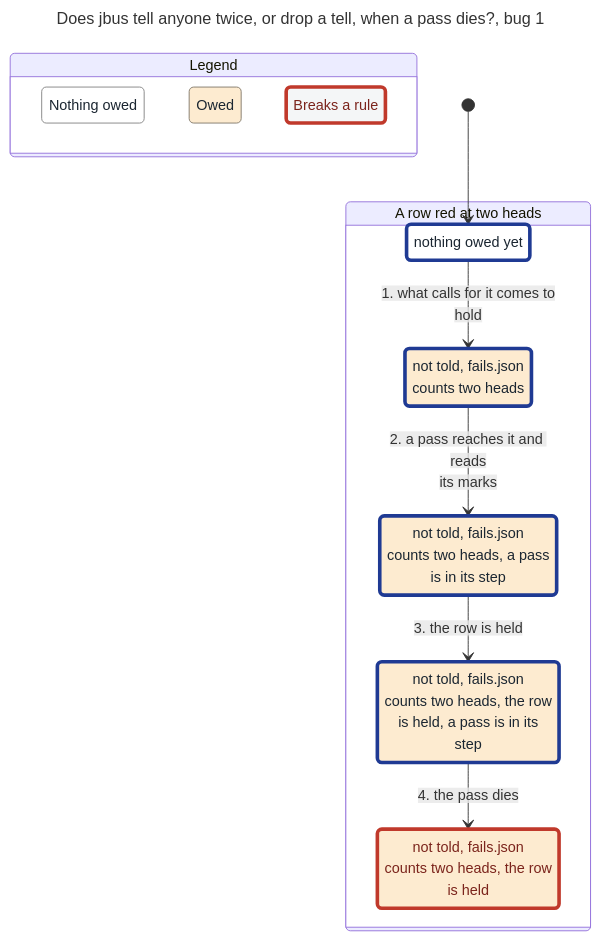
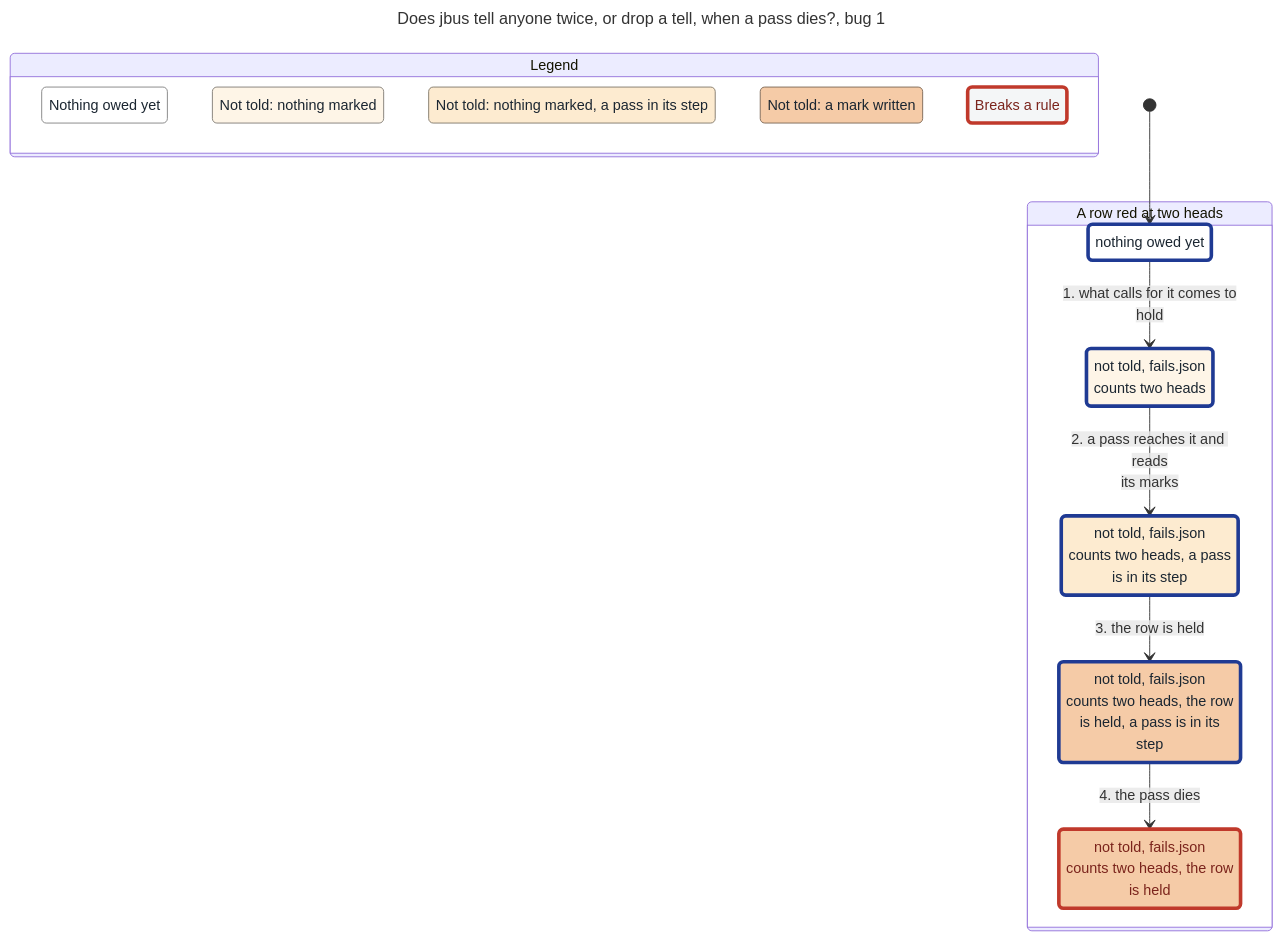
Before and after one commit to JoshuaHayesWasHere/jstack: the diagram in features/jbus/spec/TellOnce-statechart/bug-1.mmd, drawn with Mermaid. The commit also changed 21 other files, not shown here.

First line of the commit message:
feat(statechart): TellOnce's chart splits off the ask owed after a limit, and groups each state by where its tell stands, at most 15 to a group

```diff
--- a/features/jbus/spec/TellOnce-statechart/bug-1.mmd
+++ b/features/jbus/spec/TellOnce-statechart/bug-1.mmd
@@ -1,39 +1,47 @@
 ---
 title: "Does jbus tell anyone twice, or drop a tell, when a pass dies?, bug 1"
 config:
   markdownAutoWrap: false
   state:
     useMaxWidth: false
 ---
 stateDiagram-v2
   classDef plainWrong fill:#f4f6f7,stroke:#c0392b,stroke-width:4px,color:#7b241c
   classDef group0 fill:#ffffff,stroke:#808080,color:#1b2631
   classDef group0Path fill:#ffffff,stroke:#1f3a93,stroke-width:4px,color:#1b2631
-  classDef group1 fill:#fdebd0,stroke:#7f7668,color:#1b2631
-  classDef group1Wrong fill:#fdebd0,stroke:#c0392b,stroke-width:4px,color:#7b241c
-  classDef group1Path fill:#fdebd0,stroke:#1f3a93,stroke-width:4px,color:#1b2631
+  classDef group1 fill:#fef5e7,stroke:#7f7b74,color:#1b2631
+  classDef group1Path fill:#fef5e7,stroke:#1f3a93,stroke-width:4px,color:#1b2631
+  classDef group2 fill:#fdebd0,stroke:#7f7668,color:#1b2631
+  classDef group2Path fill:#fdebd0,stroke:#1f3a93,stroke-width:4px,color:#1b2631
+  classDef group4 fill:#f5cba7,stroke:#7b6654,color:#1b2631
+  classDef group4Wrong fill:#f5cba7,stroke:#c0392b,stroke-width:4px,color:#7b241c
+  classDef group4Path fill:#f5cba7,stroke:#1f3a93,stroke-width:4px,color:#1b2631
   state "Legend" as legend {
-    state "Nothing owed" as legendGroup0
-    state "Owed" as legendGroup1
+    state "Nothing owed yet" as legendGroup0
+    state "Not told: nothing marked" as legendGroup1
+    state "Not told: nothing marked, a pass in its step" as legendGroup2
+    state "Not told: a mark written" as legendGroup4
     state "Breaks a rule" as legendWrong
   }
   class legendGroup0 group0
   class legendGroup1 group1
+  class legendGroup2 group2
+  class legendGroup4 group4
   class legendWrong plainWrong
   state "A row red at two heads" as g0 {
     state "not told, fails.json<br/>counts two heads" as s0
     state "not told, fails.json<br/>counts two heads, a pass<br/>is in its step" as s1
     state "not told, fails.json<br/>counts two heads, the row<br/>is held" as s2
     state "not told, fails.json<br/>counts two heads, the row<br/>is held, a pass is in its<br/>step" as s3
     state "nothing owed yet" as s4
   }
   [*] --> s4
   s4 --> s0 : 1. what calls for it comes to<br/>hold
   s0 --> s1 : 2. a pass reaches it and reads<br/>its marks
   s1 --> s3 : 3. the row is held
   s3 --> s2 : 4. the pass dies
   class s0 group1Path
-  class s1 group1Path
-  class s2 group1Wrong
-  class s3 group1Path
+  class s1 group2Path
+  class s2 group4Wrong
+  class s3 group4Path
   class s4 group0Path
```
